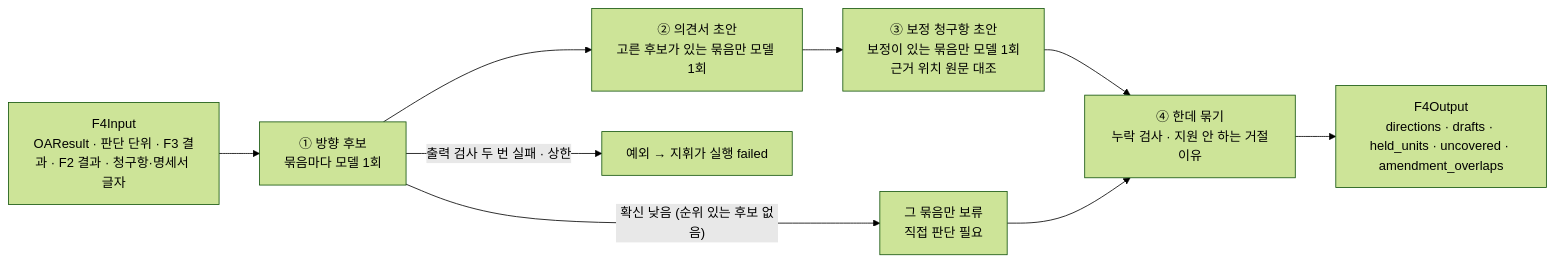
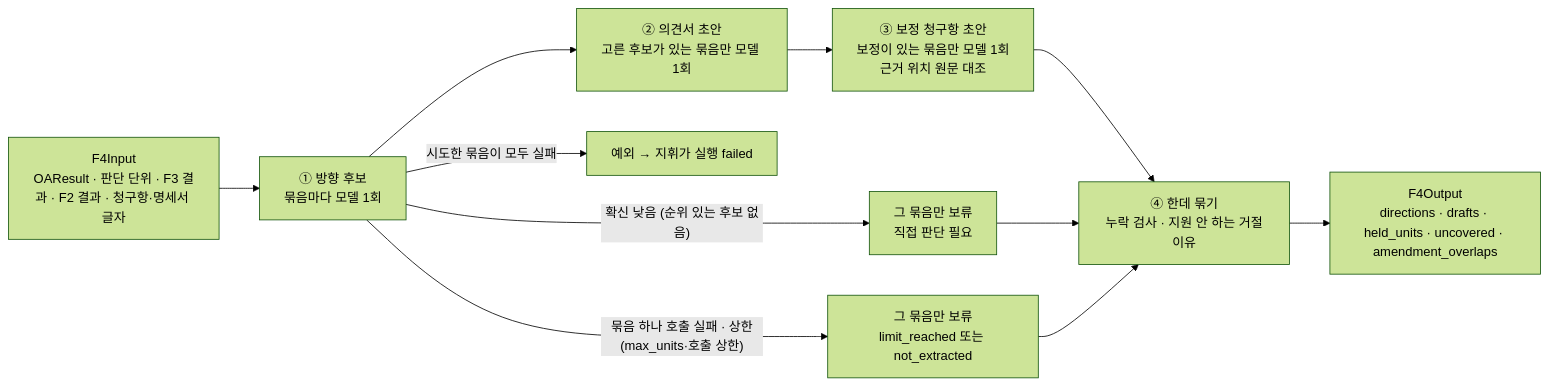
The diagram in docs/features/F4/design.md (merge-mates/patent-ai-workspace), drawn with Mermaid (forest theme) before and after one commit. The commit also changed other lines of this file and 8 other files, not shown here.

First line of the commit message:
fix(ai): F4 판단 단위 상한 초과를 실행 실패 대신 limit_reached 보류로

````diff
--- a/docs/features/F4/design.md
+++ b/docs/features/F4/design.md
@@ -27,11 +27,13 @@
 ```mermaid
 flowchart LR
     IN["F4Input<br/>OAResult · 판단 단위 · F3 결과 · F2 결과 · 청구항·명세서 글자"] --> D["① 방향 후보<br/>묶음마다 모델 1회"]
     D --> O["② 의견서 초안<br/>고른 후보가 있는 묶음만 모델 1회"]
     O --> A["③ 보정 청구항 초안<br/>보정이 있는 묶음만 모델 1회<br/>근거 위치 원문 대조"]
     A --> C["④ 한데 묶기<br/>누락 검사 · 지원 안 하는 거절이유"]
     C --> OUT["F4Output<br/>directions · drafts · held_units · uncovered · amendment_overlaps"]
     D -- "확신 낮음 (순위 있는 후보 없음)" --> H["그 묶음만 보류<br/>직접 판단 필요"]
     H --> C
-    D -- "출력 검사 두 번 실패 · 상한" --> F["예외 → 지휘가 실행 failed"]
+    D -- "묶음 하나 호출 실패 · 상한(max_units·호출 상한)" --> F["그 묶음만 보류<br/>limit_reached 또는 not_extracted"]
+    F --> C
+    D -- "시도한 묶음이 모두 실패" --> X["예외 → 지휘가 실행 failed"]
 ```
````
